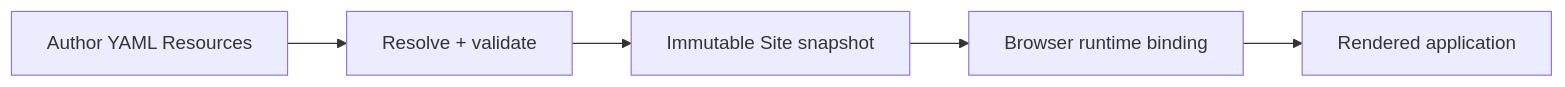
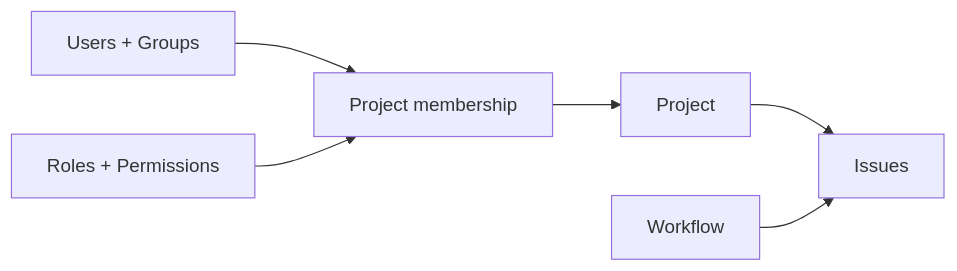
Before and after one commit to taskmigo/docs: the diagram in content/versions/v0/index.mdx, drawn with Mermaid. The commit also changed other lines of this file and 47 other files, not shown here.

````diff
--- a/content/versions/v0/index.mdx
+++ b/content/versions/v0/index.mdx
@@ -8,7 +10,8 @@
 ```mermaid
 flowchart LR
-  author["Author YAML Resources"] --> validate["Resolve + validate"]
-  validate --> snapshot["Immutable Site snapshot"]
-  snapshot --> binding["Browser runtime binding"]
-  binding --> ui["Rendered application"]
+  people["Users + Groups"] --> membership["Project membership"]
+  roles["Roles + Permissions"] --> membership
+  membership --> project["Project"]
+  project --> issue["Issues"]
+  workflow["Workflow"] --> issue
 ```
````
